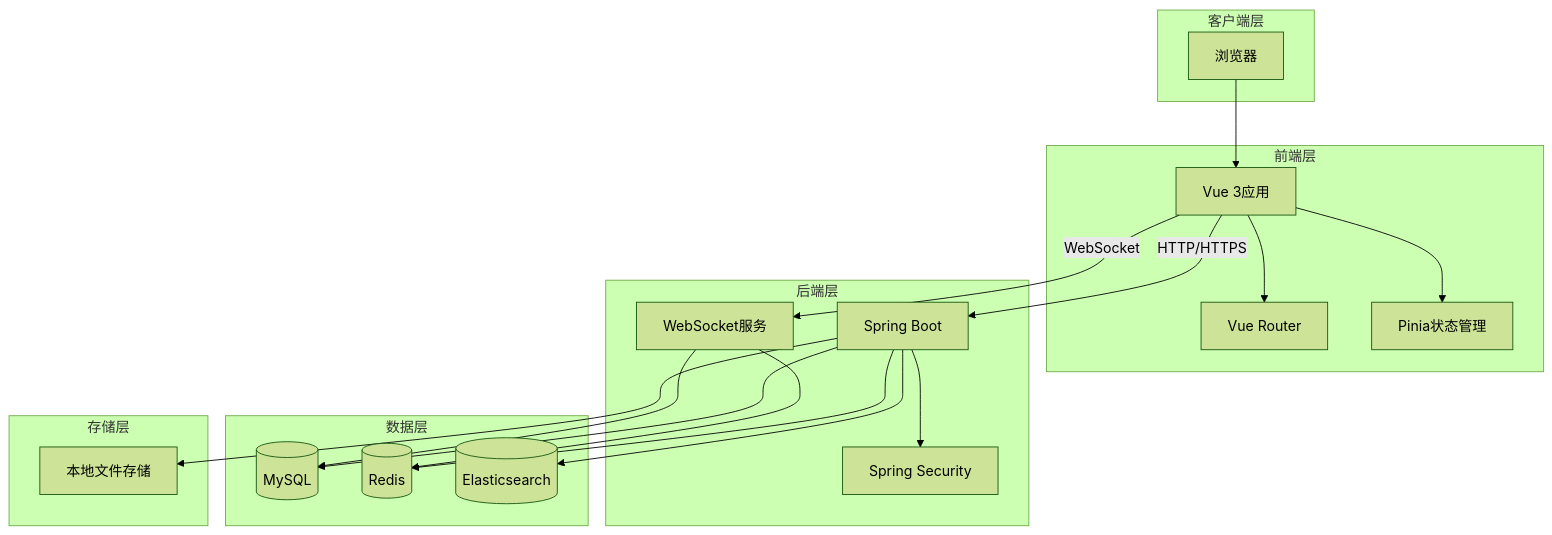
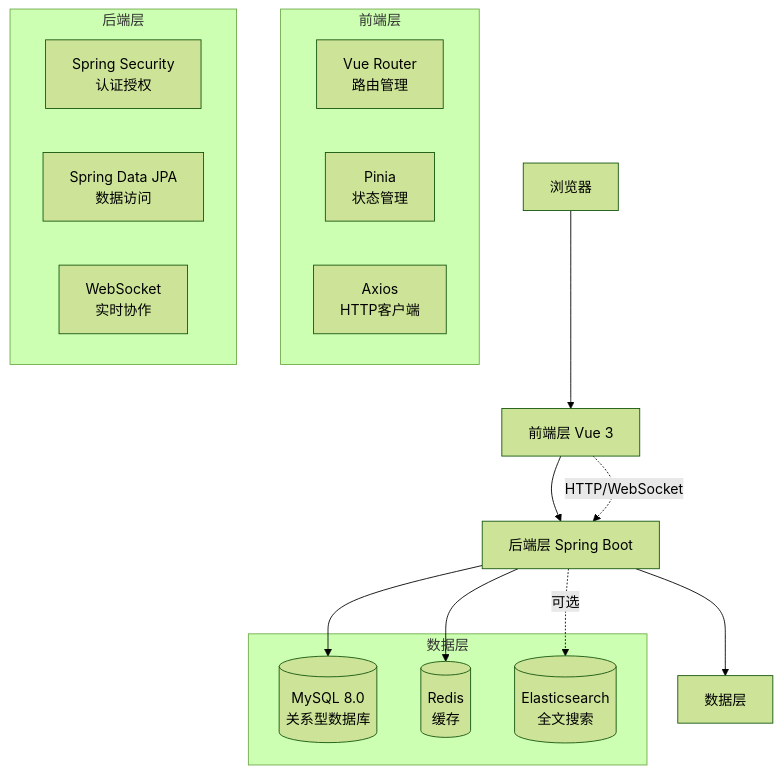
One commit to WZP358/Wiki changed the first of 10 diagrams in docs/系统架构设计文档.md. Above: the diagram before and after it, drawn with Mermaid (forest theme). The commit also changed other lines of this file and 550 other files, not shown here.

````diff
--- a/docs/系统架构设计文档.md
+++ b/docs/系统架构设计文档.md
@@ -29,41 +27,29 @@
 ```mermaid
 graph TB
-    subgraph 客户端层
-        A[浏览器]
-    end
+    A[浏览器] --> B[前端层 Vue 3]
+    B --> C[后端层 Spring Boot]
+    C --> D[数据层]
 
     subgraph 前端层
-        B[Vue 3应用]
-        C[Vue Router]
-        D[Pinia状态管理]
+        B1[Vue Router<br/>路由管理]
+        B2[Pinia<br/>状态管理]
+        B3[Axios<br/>HTTP客户端]
     end
 
     subgraph 后端层
-        E[Spring Boot]
-        F[Spring Security]
-        G[WebSocket服务]
+        C1[Spring Security<br/>认证授权]
+        C2[Spring Data JPA<br/>数据访问]
+        C3[WebSocket<br/>实时协作]
     end
 
     subgraph 数据层
-        H[(MySQL)]
-        I[(Redis)]
-        J[(Elasticsearch)]
+        D1[(MySQL 8.0<br/>关系型数据库)]
+        D2[(Redis<br/>缓存)]
+        D3[(Elasticsearch<br/>全文搜索)]
     end
 
-    subgraph 存储层
-        K[本地文件存储]
-    end
-
-    A --> B
-    B --> C
-    B --> D
-    B -->|HTTP/HTTPS| E
-    B -->|WebSocket| G
-    E --> F
-    E --> H
-    E --> I
-    E --> J
-    E --> K
-    G --> H
-    G --> I
+    B -.HTTP/WebSocket.-> C
+    C --> D1
+    C --> D2
+    C -.可选.-> D3
 ```
````
